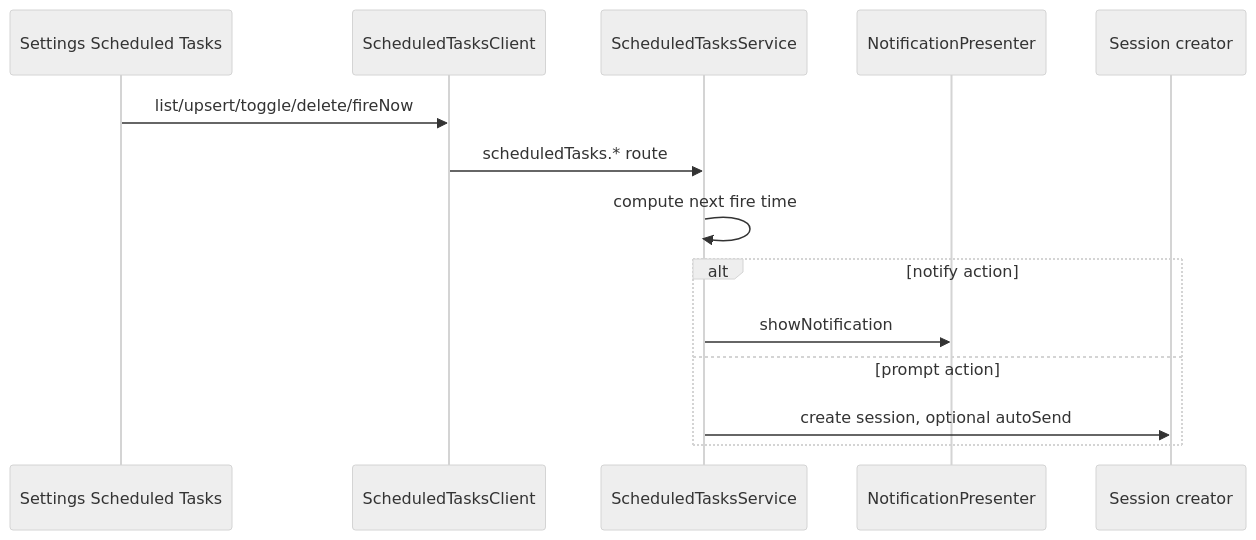
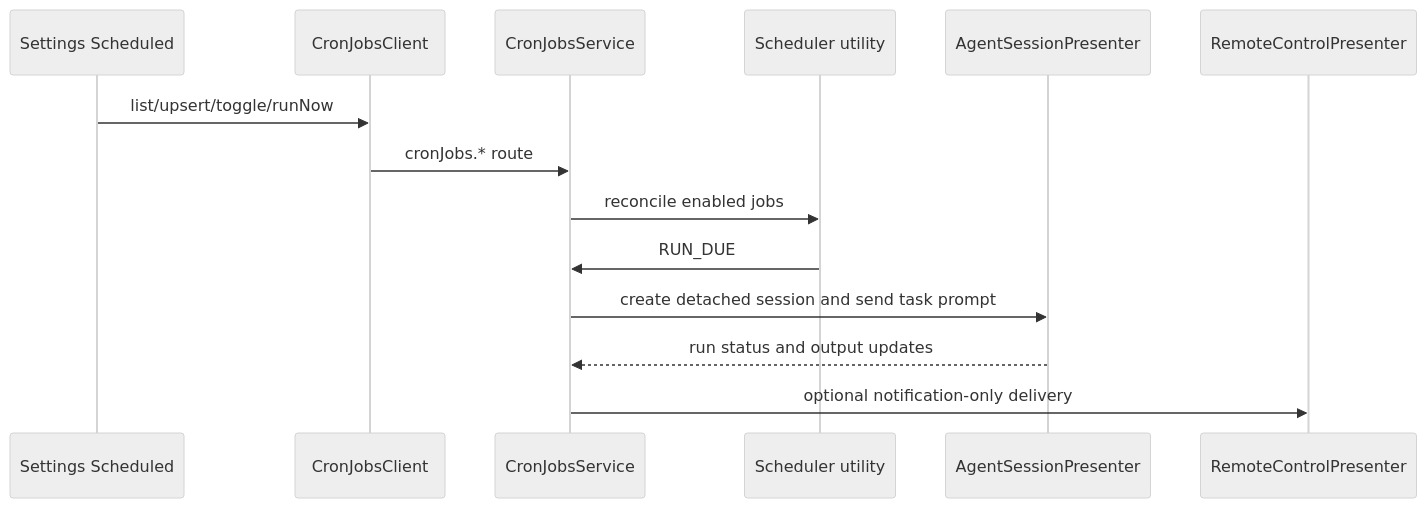
Before and after one commit to ThinkInAIXYZ/deepchat: the eighth of 9 diagrams in docs/FLOWS.md, drawn with Mermaid (neutral theme). The commit also changed other lines of this file and 86 other files, not shown here.

Commit message:
feat(cron): finish scheduled task phases

````diff
--- a/docs/FLOWS.md
+++ b/docs/FLOWS.md
@@ -188,17 +188,17 @@
 ```mermaid
 sequenceDiagram
-    participant UI as Settings Scheduled Tasks
-    participant Client as ScheduledTasksClient
-    participant Service as ScheduledTasksService
-    participant Notify as NotificationPresenter
-    participant Session as Session creator
+    participant UI as Settings Scheduled
+    participant Client as CronJobsClient
+    participant Service as CronJobsService
+    participant Utility as Scheduler utility
+    participant Agent as AgentSessionPresenter
+    participant Remote as RemoteControlPresenter
 
-    UI->>Client: list/upsert/toggle/delete/fireNow
-    Client->>Service: scheduledTasks.* route
-    Service->>Service: compute next fire time
-    alt notify action
-        Service->>Notify: showNotification
-    else prompt action
-        Service->>Session: create session, optional autoSend
-    end
+    UI->>Client: list/upsert/toggle/runNow
+    Client->>Service: cronJobs.* route
+    Service->>Utility: reconcile enabled jobs
+    Utility->>Service: RUN_DUE
+    Service->>Agent: create detached session and send task prompt
+    Agent-->>Service: run status and output updates
+    Service->>Remote: optional notification-only delivery
 ```
````
